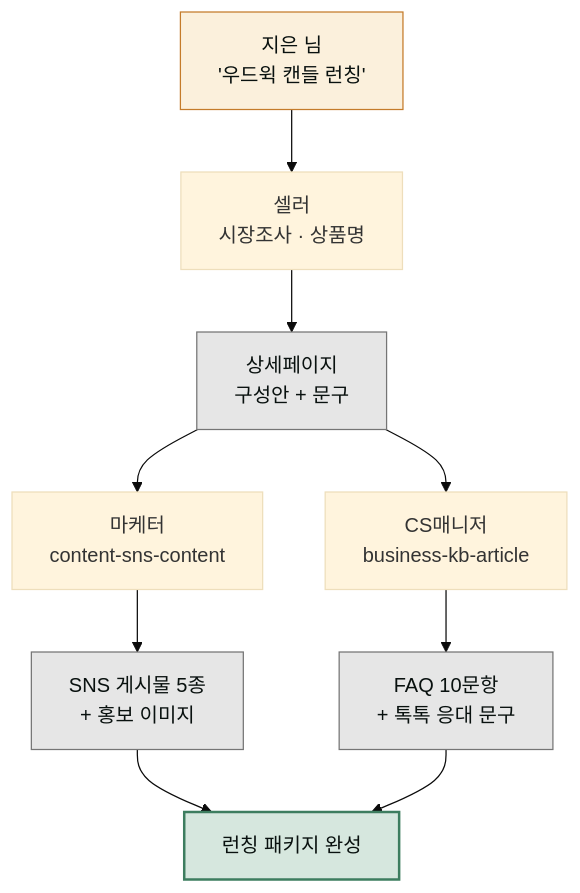
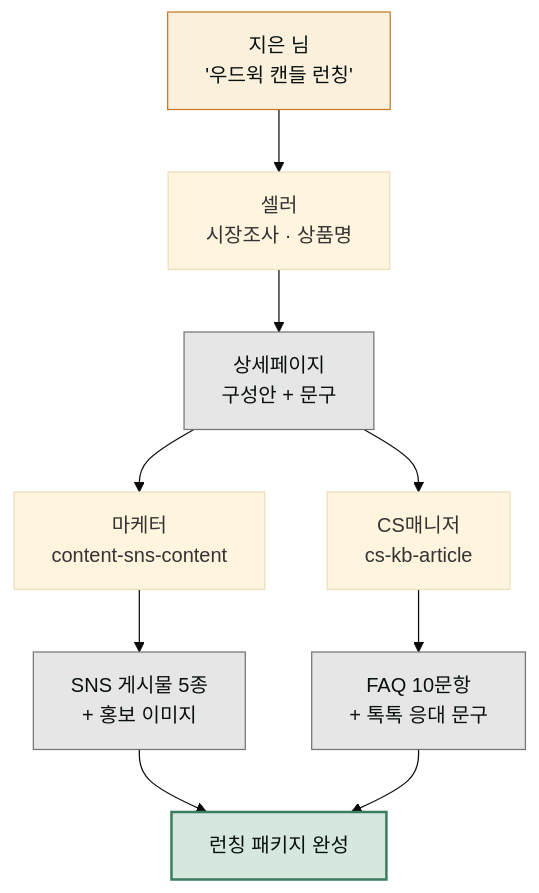
The diagram in www/content/cookbook/projects/smartstore-launch.md (modu-ai/cowork-plugins), drawn with Mermaid (base theme) before and after one commit. The commit also changed other lines of this file and 278 other files, not shown here.

````diff
--- a/www/content/cookbook/projects/smartstore-launch.md
+++ b/www/content/cookbook/projects/smartstore-launch.md
@@ -53,17 +53,17 @@
 ```mermaid
 flowchart TD
    U["지은 님<br/>'우드윅 캔들 런칭'"] --> S1["셀러<br/>시장조사 · 상품명"]
    S1 --> R1["상세페이지<br/>구성안 + 문구"]
    R1 --> M1["마케터<br/>content-sns-content"]
    M1 --> R2["SNS 게시물 5종<br/>+ 홍보 이미지"]
-   R1 --> C1["CS매니저<br/>business-kb-article"]
+   R1 --> C1["CS매니저<br/>cs-kb-article"]
    C1 --> R3["FAQ 10문항<br/>+ 톡톡 응대 문구"]
    R2 --> OUT["런칭 패키지 완성"]
    R3 --> OUT
 
    style U fill:#fbf0dc,stroke:#c47b2a,color:#09110f
    style R1 fill:#e6e6e6,stroke:#757575,color:#09110f
    style R2 fill:#e6e6e6,stroke:#757575,color:#09110f
    style R3 fill:#e6e6e6,stroke:#757575,color:#09110f
    style OUT fill:#d6e7de,stroke:#3d7d5f,stroke-width:2px,color:#09110f
 ```
````
